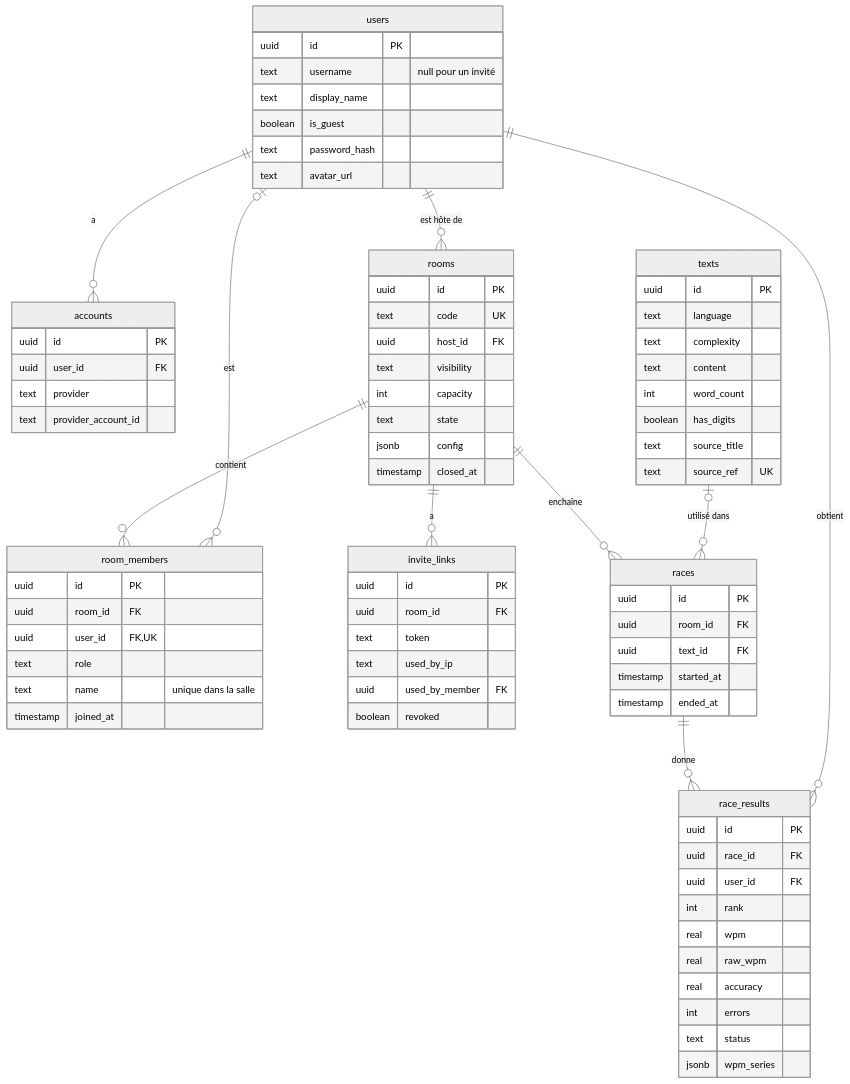
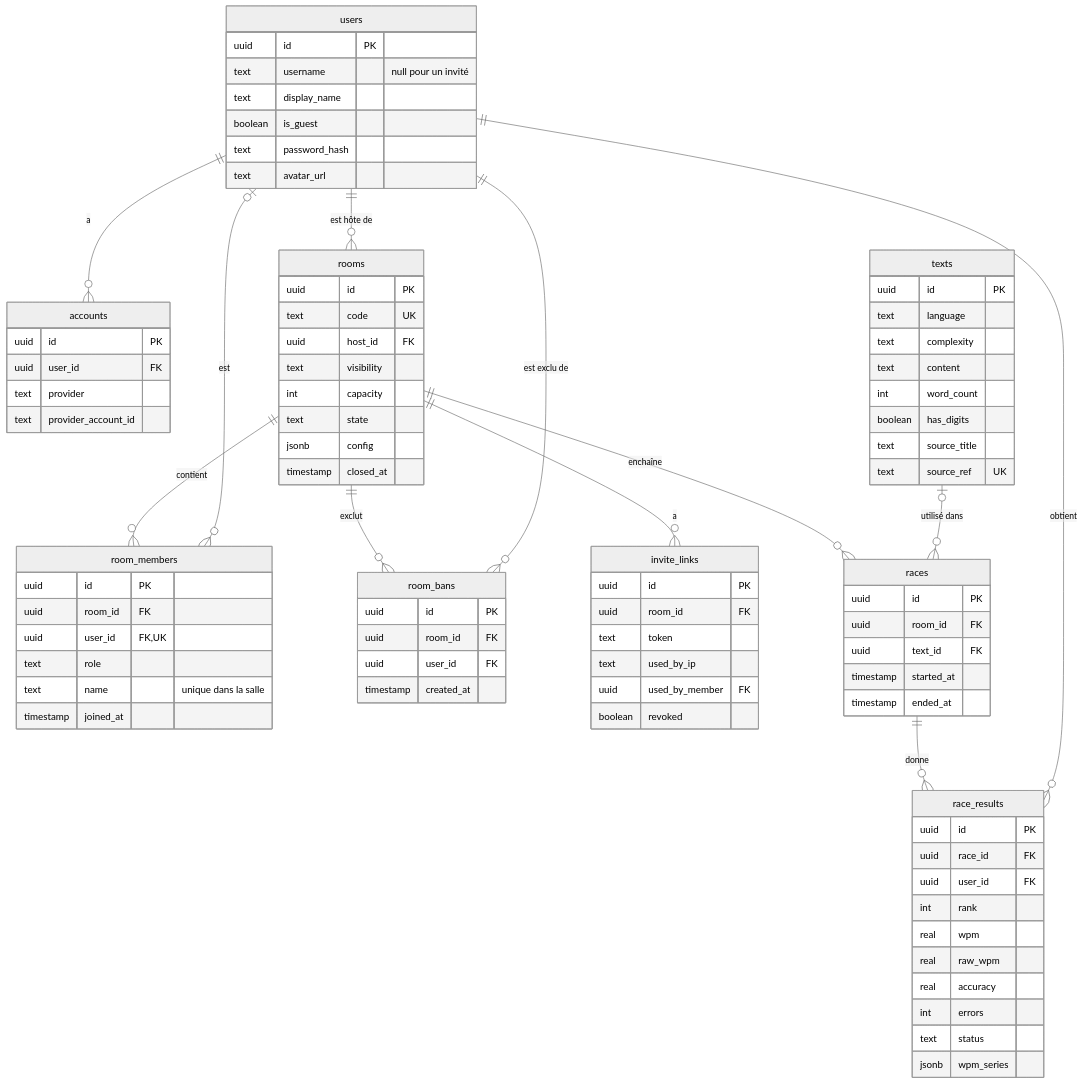
The first of 2 diagrams in docs/ARCHITECTURE.md (Onyyx256/typeracer), drawn with Mermaid (neutral theme) before and after one commit. The commit also changed other lines of this file, not shown here.

Commit message:
docs: room_bans in the data model
Adds the table to the diagram and notes its limit: a guest who clears
their cookies is a new user the database can't recognize (SALLE-07).

```diff
--- a/docs/ARCHITECTURE.md
+++ b/docs/ARCHITECTURE.md
@@ -10,6 +10,8 @@
     users ||--o{ rooms : "est hôte de"
     rooms ||--o{ room_members : "contient"
     users |o--o{ room_members : "est"
+    rooms ||--o{ room_bans : "exclut"
+    users ||--o{ room_bans : "est exclu de"
     rooms ||--o{ invite_links : "a"
     rooms ||--o{ races : "enchaîne"
     texts |o--o{ races : "utilisé dans"
@@ -47,6 +49,12 @@
         text role
         text name "unique dans la salle"
         timestamp joined_at
+    }
+    room_bans {
+        uuid id PK
+        uuid room_id FK
+        uuid user_id FK
+        timestamp created_at
     }
     invite_links {
         uuid id PK
```
